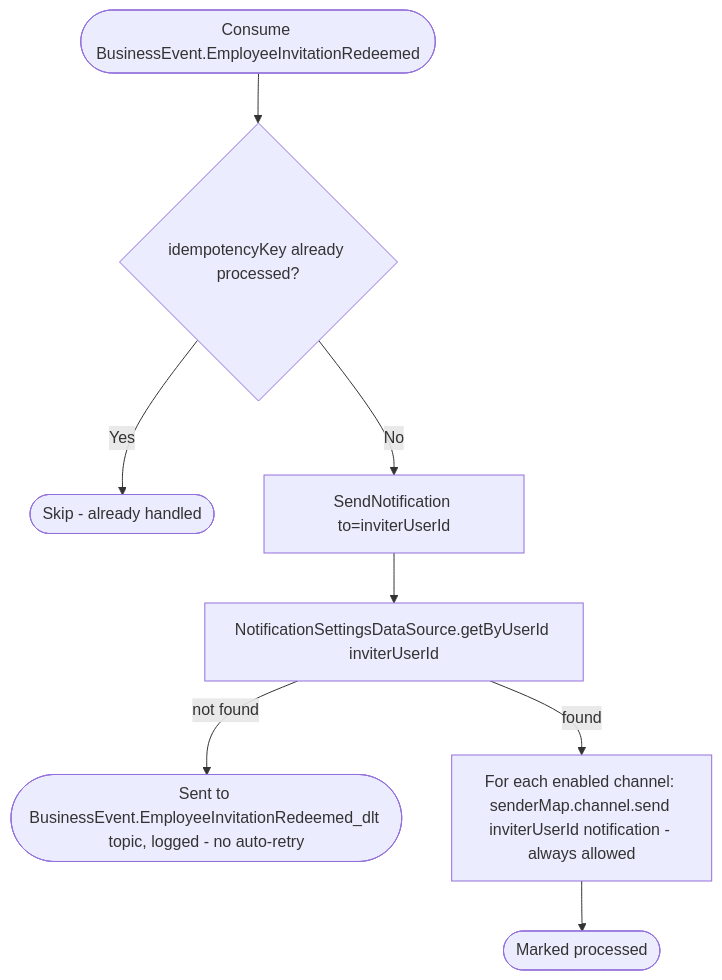
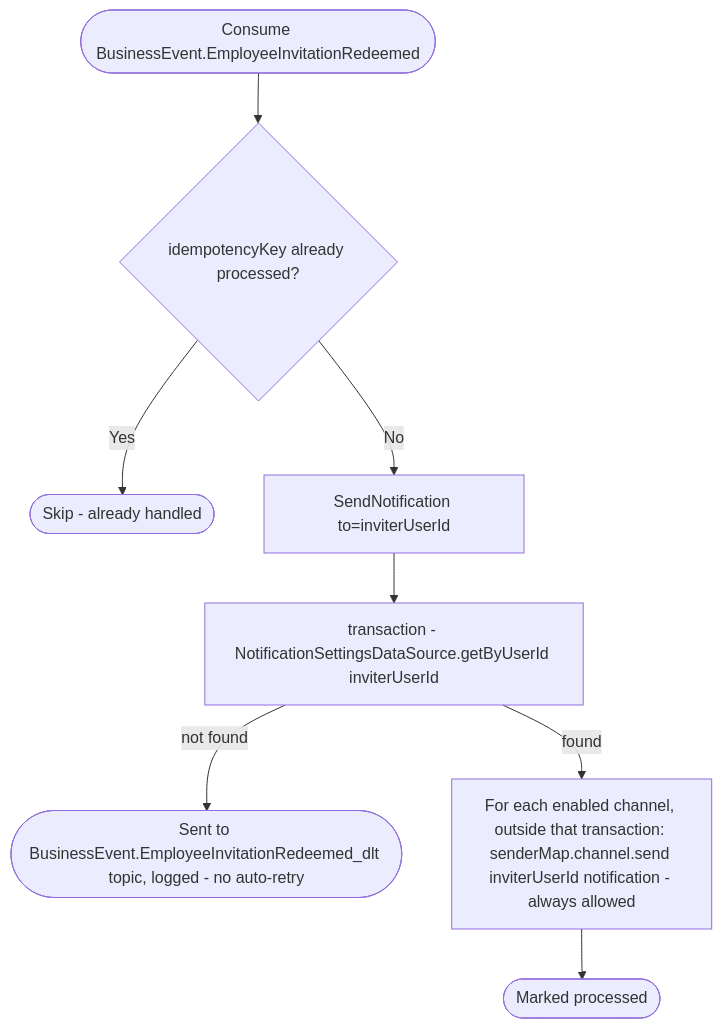
Before and after one commit to nocturneproperties/bookkme: the diagram in docs/operations/notifications/on-employee-invitation-redeemed.md, drawn with Mermaid. The commit also changed 32 other files, not shown here.

````diff
--- a/docs/operations/notifications/on-employee-invitation-redeemed.md
+++ b/docs/operations/notifications/on-employee-invitation-redeemed.md
@@ -9,10 +9,10 @@
 ```mermaid
 flowchart TD
     Start([Consume BusinessEvent.EmployeeInvitationRedeemed]) --> Dedup{idempotencyKey already processed?}
     Dedup -- Yes --> Skip([Skip - already handled])
     Dedup -- No --> Send[SendNotification to=inviterUserId]
-    Send --> GetSettings[NotificationSettingsDataSource.getByUserId inviterUserId]
+    Send --> GetSettings[transaction - NotificationSettingsDataSource.getByUserId inviterUserId]
     GetSettings -- not found --> Dlt([Sent to BusinessEvent.EmployeeInvitationRedeemed_dlt topic, logged - no auto-retry])
-    GetSettings -- found --> Channels[For each enabled channel: senderMap.channel.send inviterUserId notification - always allowed]
+    GetSettings -- found --> Channels[For each enabled channel, outside that transaction: senderMap.channel.send inviterUserId notification - always allowed]
     Channels --> Ack([Marked processed])
 ```
````
